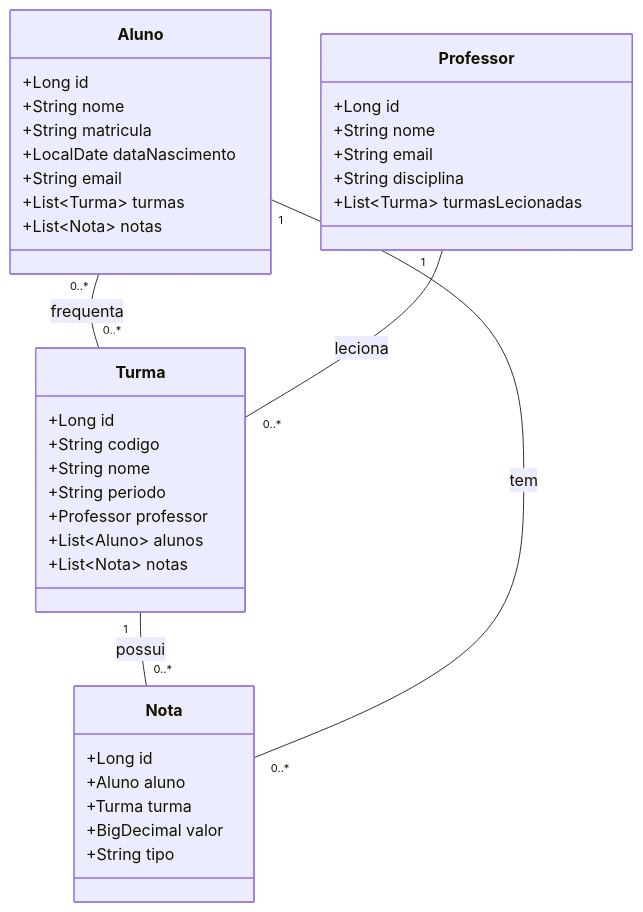
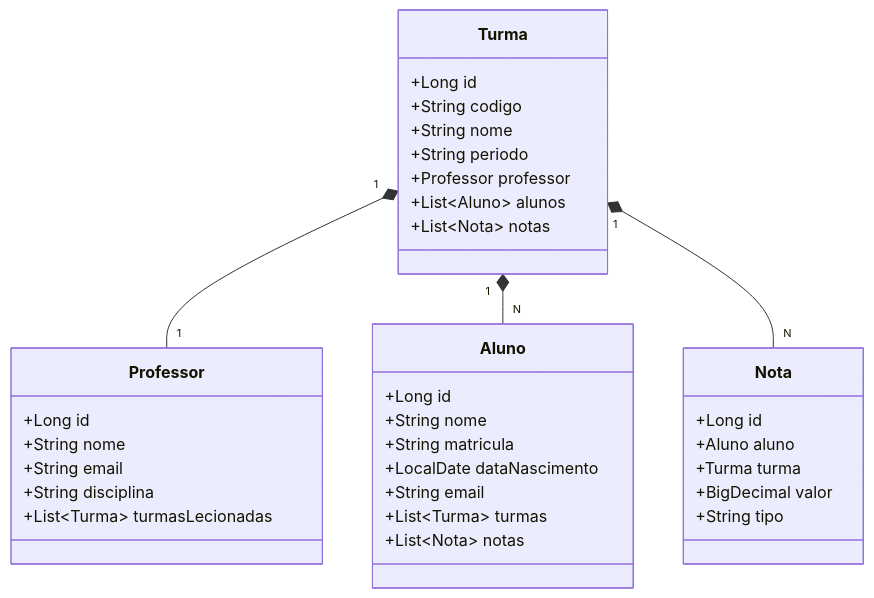
Before and after one commit to Jorleanderson/diario_escolar: the diagram in README.md, drawn with Mermaid.

````diff
--- a/README.md
+++ b/README.md
@@ -7,43 +7,43 @@
 ```mermaid
 classDiagram
       class Aluno {
         +Long id
         +String nome
         +String matricula
         +LocalDate dataNascimento
         +String email
         +List~Turma~ turmas
         +List~Nota~ notas
     }
 
     class Professor {
         +Long id
         +String nome
         +String email
         +String disciplina
         +List~Turma~ turmasLecionadas
     }
 
    class Nota {
         +Long id
         +Aluno aluno
         +Turma turma
         +BigDecimal valor
         +String tipo
     }
 
     class Turma {
         +Long id
         +String codigo
         +String nome
         +String periodo
         +Professor professor
         +List~Aluno~ alunos
         +List~Nota~ notas
     }
 
-    Aluno "0..*" -- "0..*" Turma : frequenta
-    Professor "1" -- "0..*" Turma : leciona
-    Turma "1" -- "0..*" Nota : possui
-    Aluno "1" -- "0..*" Nota : tem
+      Turma "1" *-- "1" Professor
+      Turma "1" *-- "N" Aluno
+      Turma "1" *-- "N" Nota
+
 ```
````
